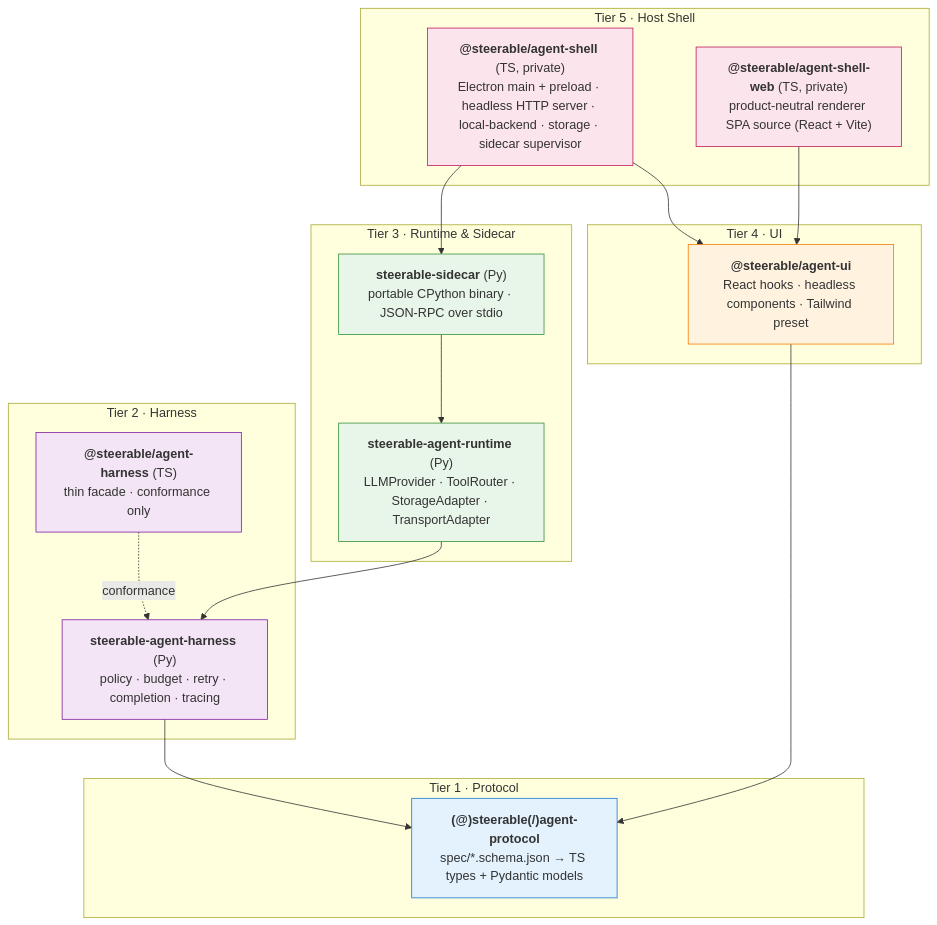
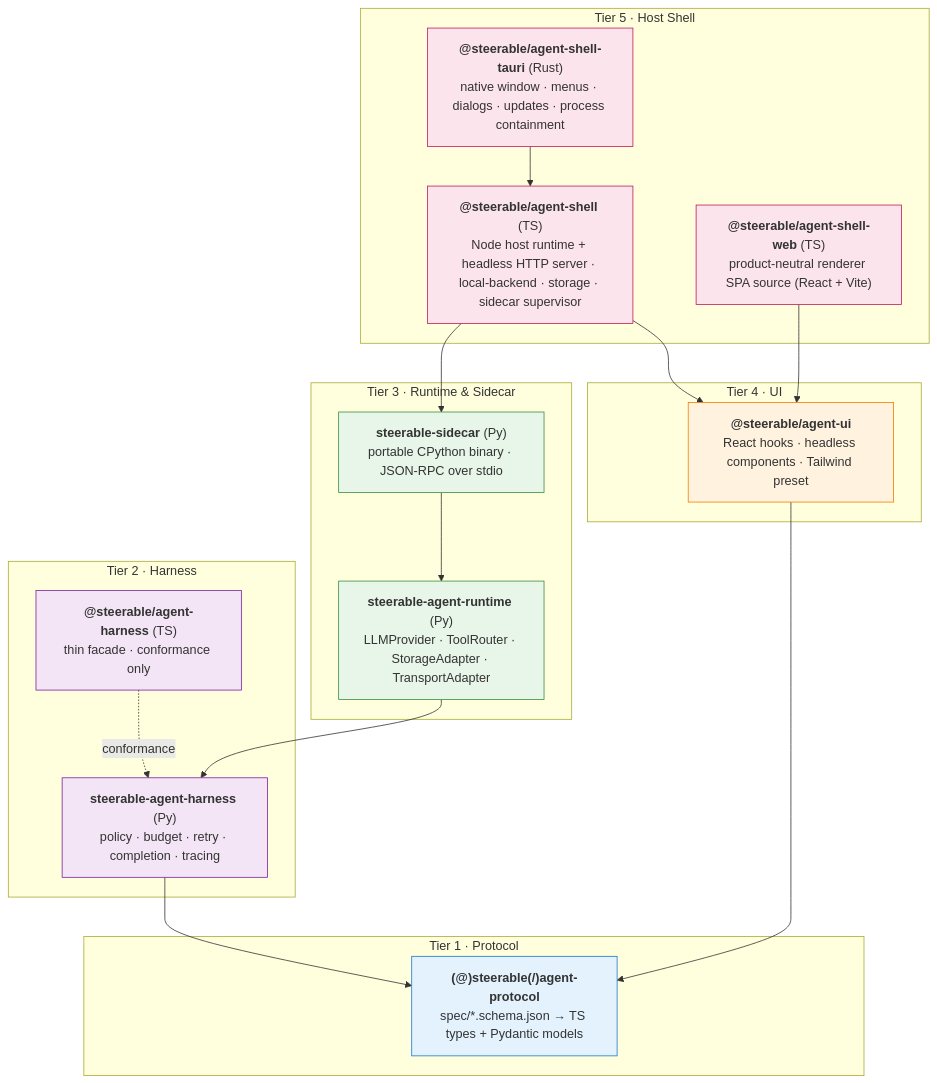
The diagram in README.md (pathlyapp/steerable), drawn with Mermaid before and after one commit. The commit also changed other lines of this file and 8 other files, not shown here.

````diff
--- a/README.md
+++ b/README.md
@@ -176,45 +176,47 @@
 ```mermaid
 flowchart TB
     subgraph T5[Tier 5 · Host Shell]
-        SH["<b>@steerable/agent-shell</b> (TS, private)<br/>Electron main + preload · headless HTTP server · local-backend · storage · sidecar supervisor"]
-        SHW["<b>@steerable/agent-shell-web</b> (TS, private)<br/>product-neutral renderer SPA source (React + Vite)"]
+        SH["<b>@steerable/agent-shell</b> (TS)<br/>Node host runtime + headless HTTP server · local-backend · storage · sidecar supervisor"]
+        SHT["<b>@steerable/agent-shell-tauri</b> (Rust)<br/>native window · menus · dialogs · updates · process containment"]
+        SHW["<b>@steerable/agent-shell-web</b> (TS)<br/>product-neutral renderer SPA source (React + Vite)"]
     end
 
     subgraph T4[Tier 4 · UI]
         UI["<b>@steerable/agent-ui</b><br/>React hooks · headless components · Tailwind preset"]
     end
 
     subgraph T3[Tier 3 · Runtime & Sidecar]
         RT["<b>steerable-agent-runtime</b> (Py)<br/>LLMProvider · ToolRouter · StorageAdapter · TransportAdapter"]
         SC["<b>steerable-sidecar</b> (Py)<br/>portable CPython binary · JSON-RPC over stdio"]
     end
 
     subgraph T2[Tier 2 · Harness]
         H["<b>steerable-agent-harness</b> (Py)<br/>policy · budget · retry · completion · tracing"]
         HF["<b>@steerable/agent-harness</b> (TS)<br/>thin facade · conformance only"]
     end
 
     subgraph T1[Tier 1 · Protocol]
         P["<b>(@)steerable(/)agent-protocol</b><br/>spec/*.schema.json → TS types + Pydantic models"]
     end
 
     SH --> UI
     SH --> SC
+    SHT --> SH
     SHW --> UI
     UI --> P
     RT --> H
     SC --> RT
     H --> P
     HF -. conformance .-> H
 
     classDef t1 fill:#e3f2fd,stroke:#1976d2
     classDef t2 fill:#f3e5f5,stroke:#7b1fa2
     classDef t3 fill:#e8f5e9,stroke:#388e3c
     classDef t4 fill:#fff3e0,stroke:#f57c00
     classDef t5 fill:#fce4ec,stroke:#c2185b
     class P t1
     class H,HF t2
     class RT,SC t3
     class UI t4
-    class SH,SHW t5
+    class SH,SHW,SHT t5
 ```
````
